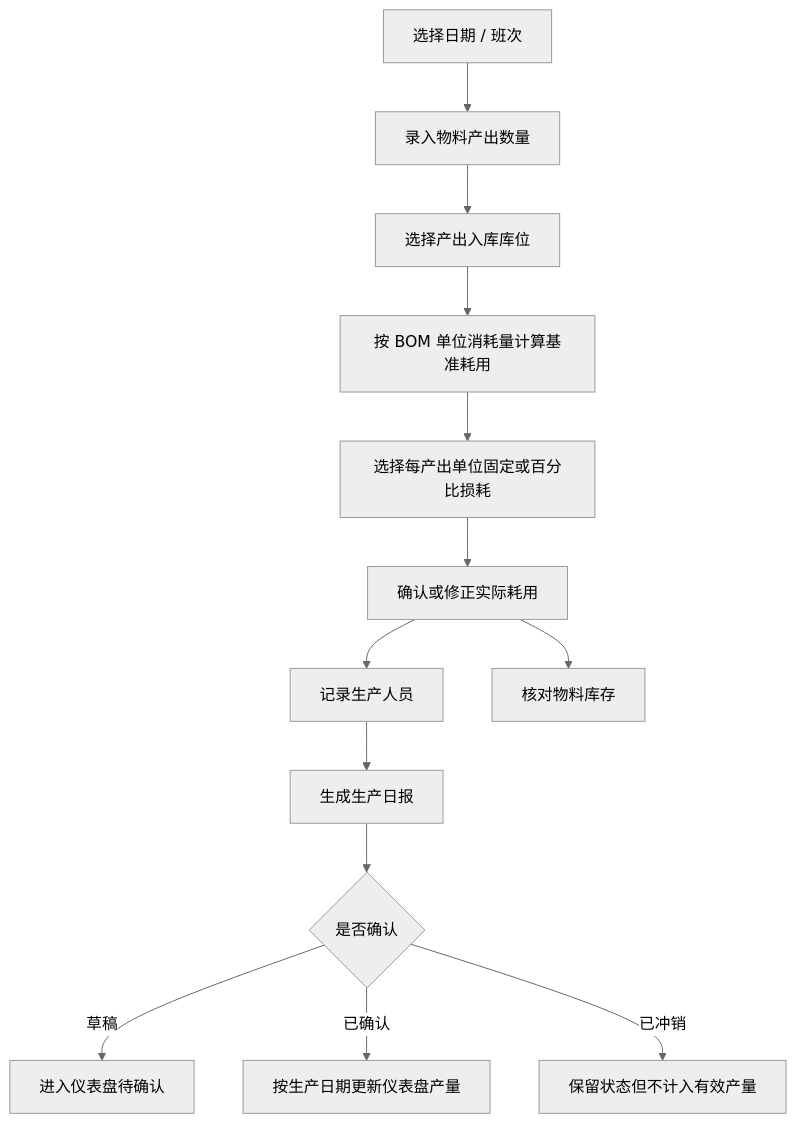
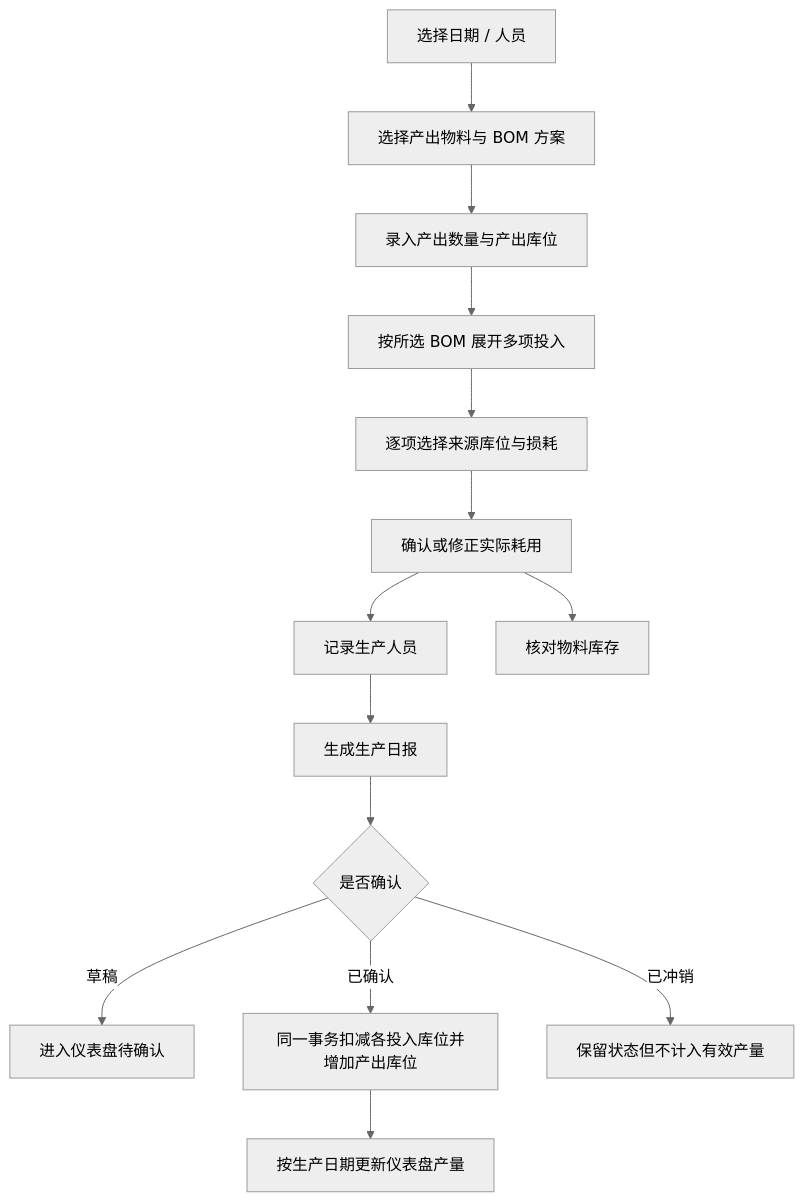
Before and after one commit to goldf2/mes-lite: the tenth of 16 diagrams in docs/minierp/system-function-flow.md, drawn with Mermaid (neutral theme). The commit also changed other lines of this file and 20 other files, not shown here.

Commit message:
feat: close daily production BOM posting flow

````diff
--- a/docs/minierp/system-function-flow.md
+++ b/docs/minierp/system-function-flow.md
@@ -333,15 +333,16 @@
 ```mermaid
 flowchart TD
-  A["选择日期 / 班次"] --> B["录入物料产出数量"]
-  B --> C["选择产出入库库位"]
-  C --> D["按 BOM 单位消耗量计算基准耗用"]
-  D --> E["选择每产出单位固定或百分比损耗"]
+  A["选择日期 / 人员"] --> B["选择产出物料与 BOM 方案"]
+  B --> C["录入产出数量与产出库位"]
+  C --> D["按所选 BOM 展开多项投入"]
+  D --> E["逐项选择来源库位与损耗"]
   E --> I["确认或修正实际耗用"]
   I --> J["记录生产人员"]
   J --> F["生成生产日报"]
   F --> K{"是否确认"}
   K -->|草稿| L["进入仪表盘待确认"]
-  K -->|已确认| G["按生产日期更新仪表盘产量"]
+  K -->|已确认| N["同一事务扣减各投入库位并增加产出库位"]
+  N --> G["按生产日期更新仪表盘产量"]
   K -->|已冲销| M["保留状态但不计入有效产量"]
   I --> H["核对物料库存"]
 ```
````
